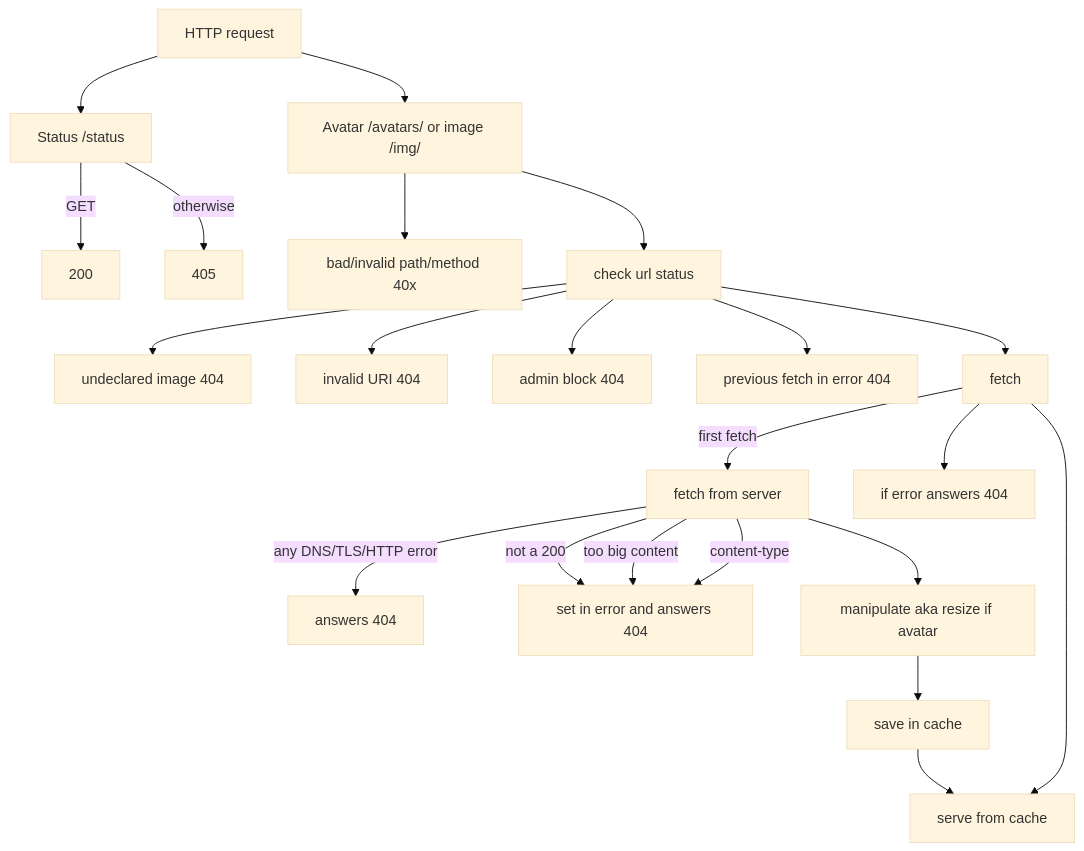
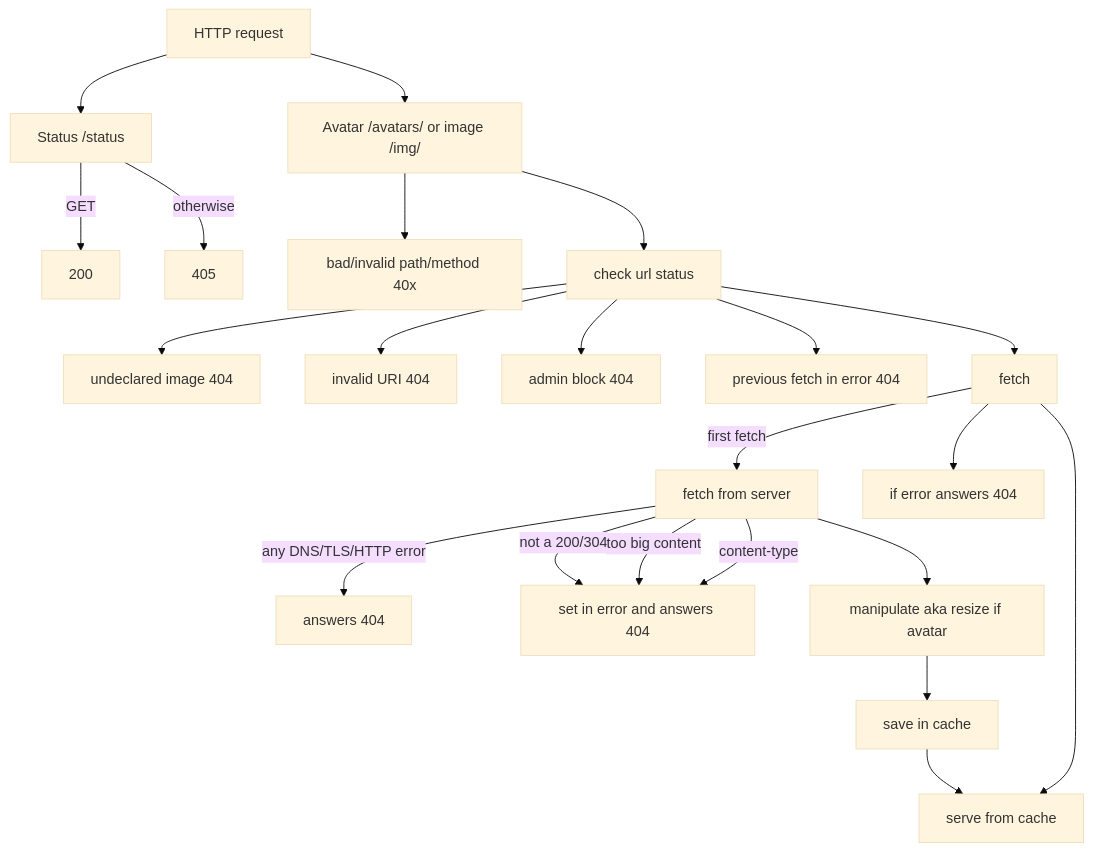
Before and after one commit to linuxfrorg/img-LinuxFr.org: the first of 2 diagrams in README.md, drawn with Mermaid (base theme). The commit also changed other lines of this file, not shown here.

Commit message:
Extra graph about redis / disk states/transitions

````diff
--- a/README.md
+++ b/README.md
@@ -58,26 +58,26 @@
 ```mermaid
 graph TD
   A[ HTTP request ] --> B[ Status /status ]
 
   B --> |GET| SA[ 200 ]
   B --> |otherwise| SB[ 405 ]
 
   A --> C[ Avatar /avatars/ or image /img/ ]
   C --> AA[ bad/invalid path/method 40x]
   C --> AC[ check url status]
   AC --> AD[ undeclared image 404]
   AC --> AE[ invalid URI 404]
   AC --> AF[ admin block 404]
   AC --> AG[ previous fetch in error 404]
   AC --> AH[ fetch]
   AH --> | first fetch | AI[ fetch from server]
   AI --> | any DNS/TLS/HTTP error | AL[ answers 404]
-  AI --> | not a 200 | AM[ set in error and answers 404]
+  AI --> | not a 200/304 | AM[ set in error and answers 404]
   AI --> | too big content | AM
   AI --> | content-type | AM
   AI --> AN[manipulate aka resize if avatar]
   AN --> AO[save in cache]
   AO --> AJ[ serve from cache]
   AH --> AJ
   AH --> AK[ if error answers 404]
 ```
````
